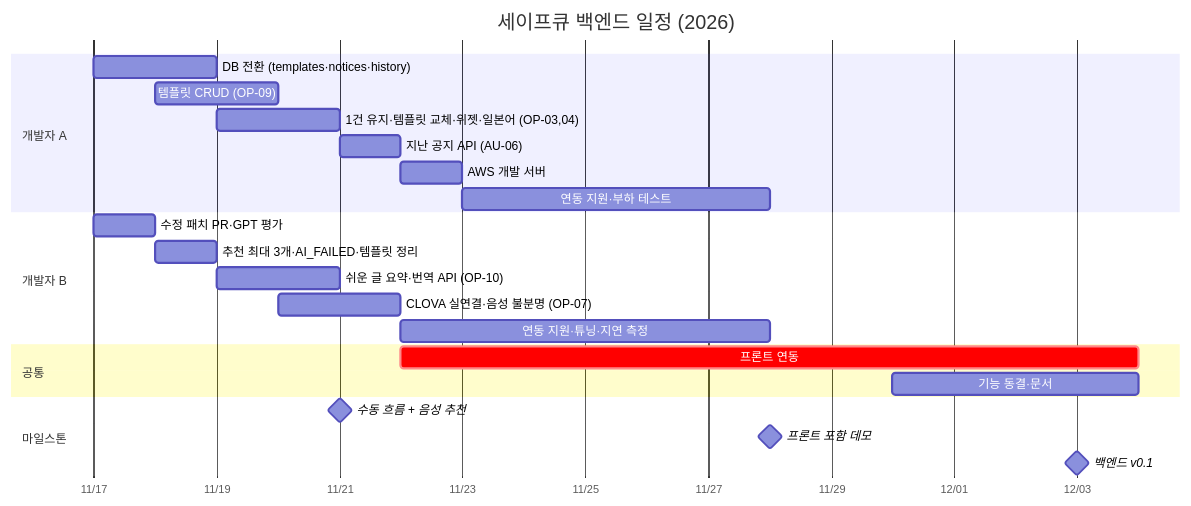
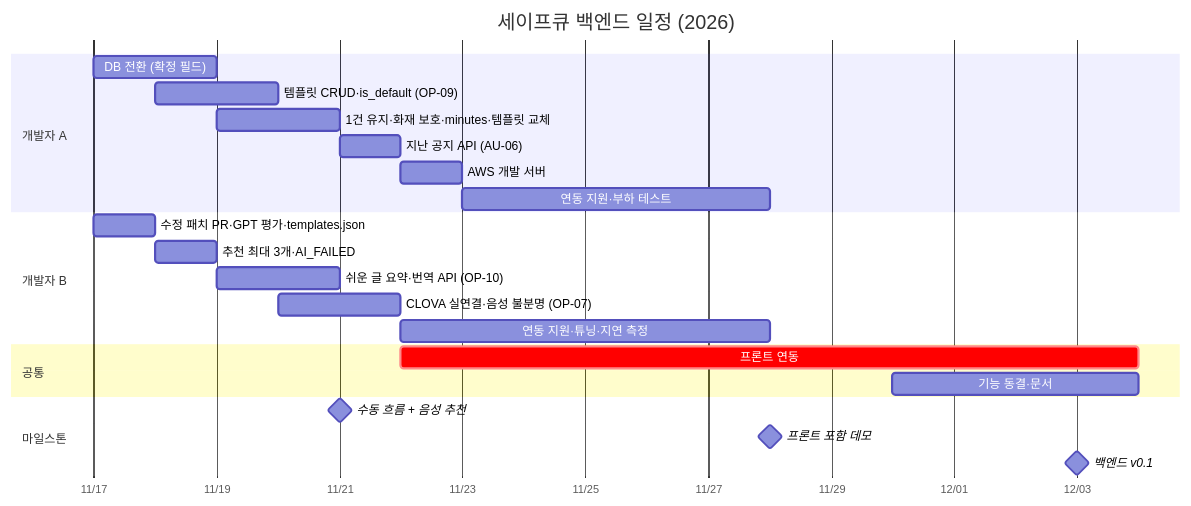
The second of 2 diagrams in README.md (eunjinpk/kakao_back), drawn with Mermaid before and after one commit. The commit also changed other lines of this file, not shown here.

````diff
--- a/README.md
+++ b/README.md
@@ -348,30 +374,30 @@
 ```mermaid
 gantt
     title 세이프큐 백엔드 일정 (2026)
     dateFormat YYYY-MM-DD
     axisFormat %m/%d
 
     section 개발자 A
-    DB 전환 (templates·notices·history)   :a1, 2026-11-17, 2d
-    템플릿 CRUD (OP-09)                   :a2, 2026-11-18, 2d
-    1건 유지·템플릿 교체·위젯·일본어 (OP-03,04)   :a3, 2026-11-19, 2d
+    DB 전환 (확정 필드)                    :a1, 2026-11-17, 2d
+    템플릿 CRUD·is_default (OP-09)        :a2, 2026-11-18, 2d
+    1건 유지·화재 보호·minutes·템플릿 교체  :a3, 2026-11-19, 2d
     지난 공지 API (AU-06)                 :a4, 2026-11-21, 1d
     AWS 개발 서버                         :a5, 2026-11-22, 1d
     연동 지원·부하 테스트                  :a6, 2026-11-23, 5d
 
     section 개발자 B
-    수정 패치 PR·GPT 평가                 :b1, 2026-11-17, 1d
-    추천 최대 3개·AI_FAILED·템플릿 정리     :b2, 2026-11-18, 1d
+    수정 패치 PR·GPT 평가·templates.json   :b1, 2026-11-17, 1d
+    추천 최대 3개·AI_FAILED                :b2, 2026-11-18, 1d
     쉬운 글 요약·번역 API (OP-10)          :b3, 2026-11-19, 2d
     CLOVA 실연결·음성 불분명 (OP-07)        :b4, 2026-11-20, 2d
     연동 지원·튜닝·지연 측정                :b5, 2026-11-22, 6d
 
     section 공통
     프론트 연동                           :crit, fe, 2026-11-22, 12d
     기능 동결·문서                         :w4, 2026-11-30, 4d
 
     section 마일스톤
     수동 흐름 + 음성 추천                  :milestone, 2026-11-21, 0d
     프론트 포함 데모                       :milestone, 2026-11-28, 0d
     백엔드 v0.1                           :milestone, 2026-12-03, 0d
 ```
````
